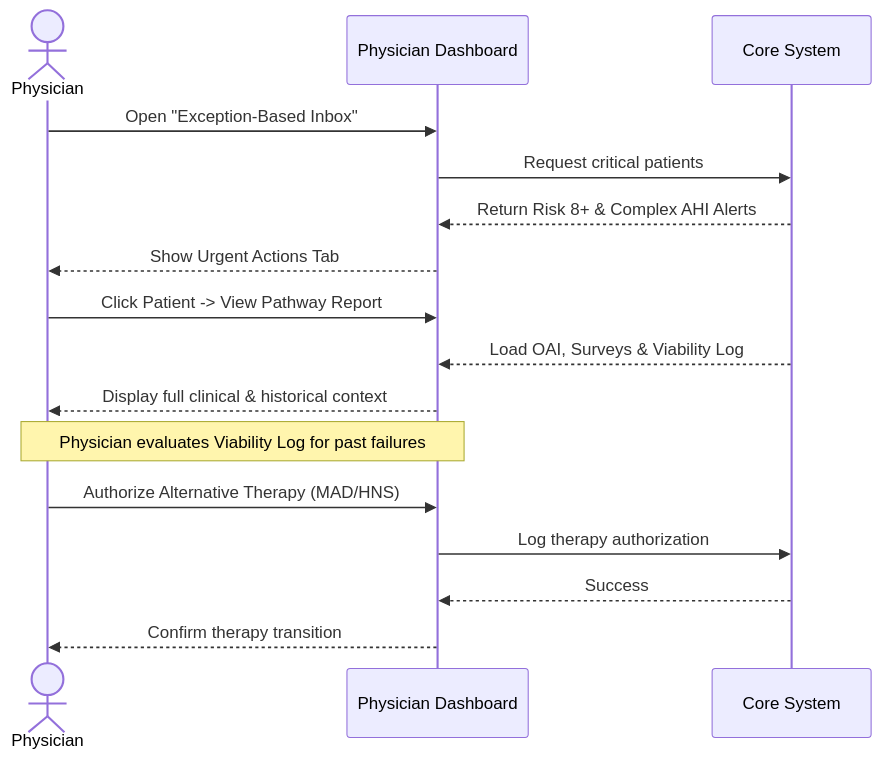
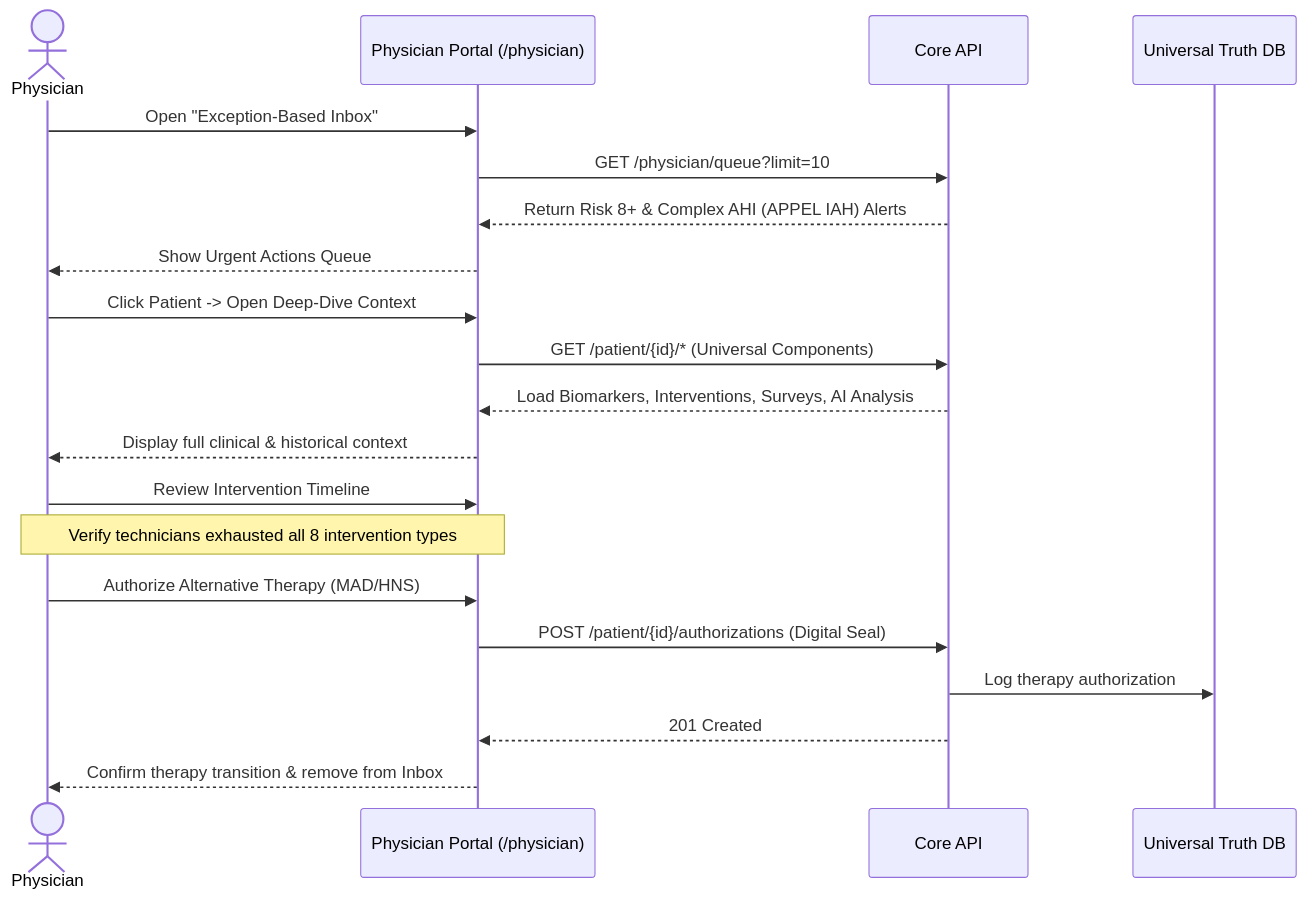
One commit to MOEEZ5922/internship changed the first of 3 diagrams in Dashboarding/diagram.md. Above: the diagram before and after it, drawn with Mermaid. The commit also changed other lines of this file and 236 other files, not shown here.

````diff
--- a/Dashboarding/diagram.md
+++ b/Dashboarding/diagram.md
@@ -6,22 +6,26 @@
 ```mermaid
 sequenceDiagram
     actor Physician
-    participant Dashboard as Physician Dashboard
-    participant System as Core System
+    participant Dashboard as Physician Portal (/physician)
+    participant System as Core API
+    participant DB as Universal Truth DB
 
     Physician->>Dashboard: Open "Exception-Based Inbox"
-    Dashboard->>System: Request critical patients
-    System-->>Dashboard: Return Risk 8+ & Complex AHI Alerts
-    Dashboard-->>Physician: Show Urgent Actions Tab
+    Dashboard->>System: GET /physician/queue?limit=10
+    System-->>Dashboard: Return Risk 8+ & Complex AHI (APPEL IAH) Alerts
+    Dashboard-->>Physician: Show Urgent Actions Queue
 
-    Physician->>Dashboard: Click Patient -> View Pathway Report
-    System-->>Dashboard: Load OAI, Surveys & Viability Log
+    Physician->>Dashboard: Click Patient -> Open Deep-Dive Context
+    Dashboard->>System: GET /patient/{id}/* (Universal Components)
+    System-->>Dashboard: Load Biomarkers, Interventions, Surveys, AI Analysis
     Dashboard-->>Physician: Display full clinical & historical context
 
-    Note over Physician, Dashboard: Physician evaluates Viability Log for past failures
+    Physician->>Dashboard: Review Intervention Timeline
+    Note over Physician, Dashboard: Verify technicians exhausted all 8 intervention types
     
     Physician->>Dashboard: Authorize Alternative Therapy (MAD/HNS)
-    Dashboard->>System: Log therapy authorization
-    System-->>Dashboard: Success
-    Dashboard-->>Physician: Confirm therapy transition
+    Dashboard->>System: POST /patient/{id}/authorizations (Digital Seal)
+    System->>DB: Log therapy authorization
+    System-->>Dashboard: 201 Created
+    Dashboard-->>Physician: Confirm therapy transition & remove from Inbox
 ```
````
